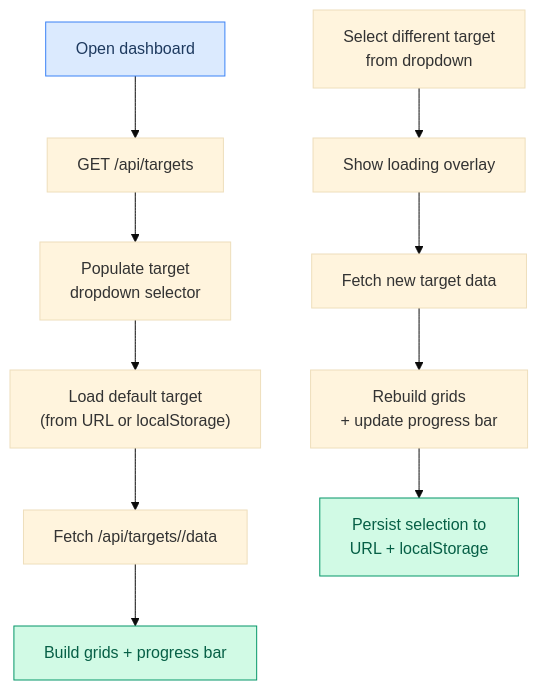
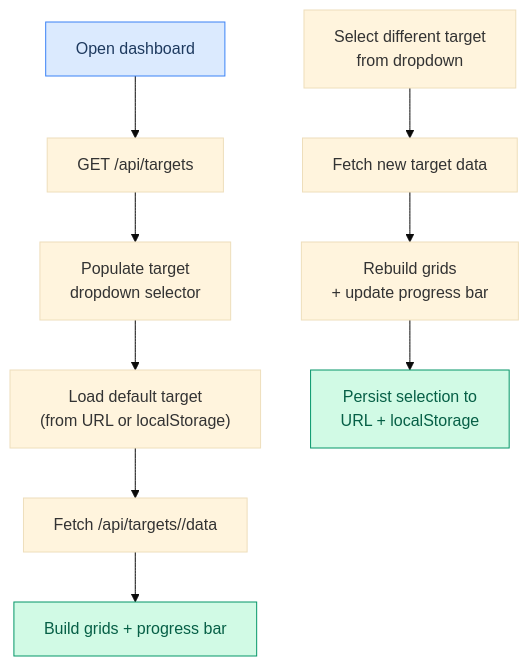
One commit to maci0/recoverage changed the seventh of 17 diagrams in docs/USER_STORIES.md. Above: the diagram before and after it, drawn with Mermaid (base theme). The commit also changed other lines of this file and 10 other files, not shown here.

````diff
--- a/docs/USER_STORIES.md
+++ b/docs/USER_STORIES.md
@@ -216,17 +216,16 @@
 ```mermaid
 graph TD
     A["Open dashboard"] --> B["GET /api/targets"]
     B --> C["Populate target<br/>dropdown selector"]
     C --> D["Load default target<br/>(from URL or localStorage)"]
     D --> E["Fetch /api/targets/<target>/data"]
     E --> F["Build grids + progress bar"]
 
-    G["Select different target<br/>from dropdown"] --> H["Show loading overlay"]
-    H --> I["Fetch new target data"]
+    G["Select different target<br/>from dropdown"] --> I["Fetch new target data"]
     I --> J["Rebuild grids<br/>+ update progress bar"]
     J --> K["Persist selection to<br/>URL + localStorage"]
 
     style A fill:#dbeafe,stroke:#3b82f6,color:#1e3a5f
     style F fill:#d1fae5,stroke:#059669,color:#065f46
     style K fill:#d1fae5,stroke:#059669,color:#065f46
 ```
````
